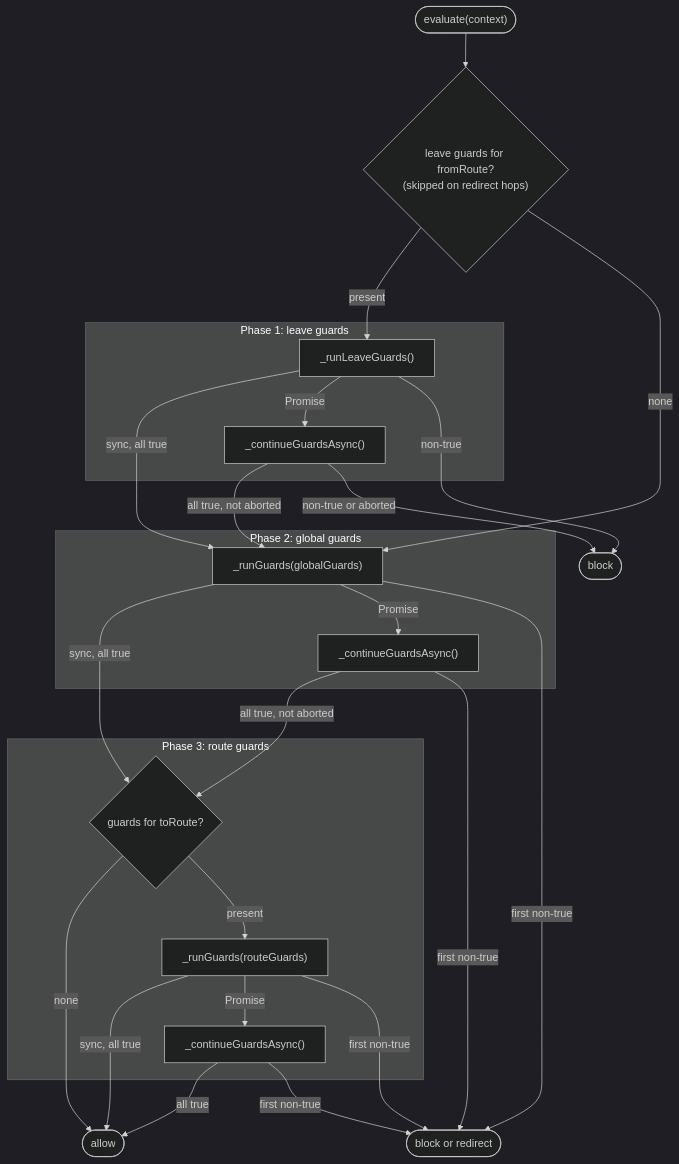
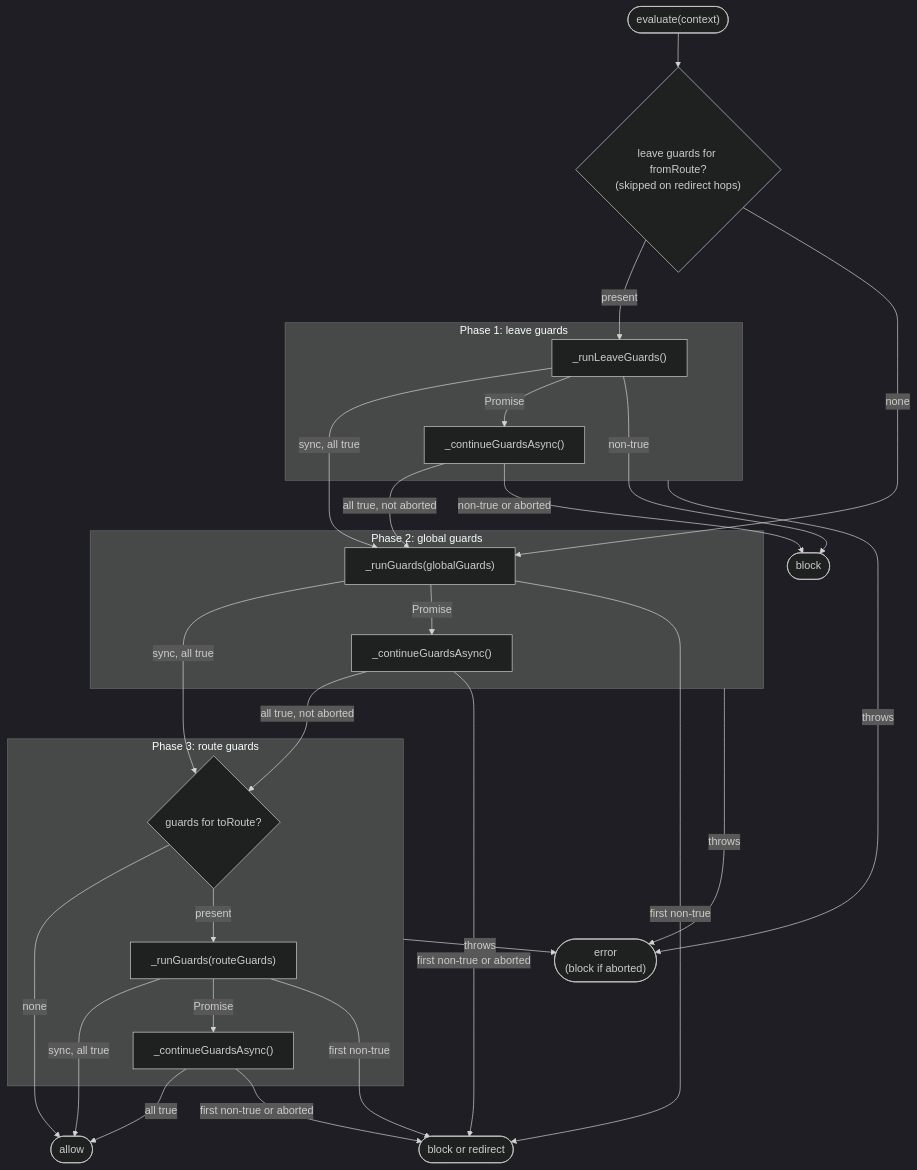
Before and after one commit to wridgeu/ui5-lib-guard-router: the second of 4 diagrams in docs/reference/architecture.md, drawn with Mermaid (dark theme). The commit also changed other lines of this file and 10 other files, not shown here.

````diff
--- a/docs/reference/architecture.md
+++ b/docs/reference/architecture.md
@@ -298,43 +298,47 @@
 ```mermaid
 flowchart TD
     start(["evaluate(context)"]) --> lcheck{"leave guards for fromRoute?<br/>(skipped on redirect hops)"}
 
     subgraph phase1 ["Phase 1: leave guards"]
         lrun["_runLeaveGuards()"]
         lfin["_continueGuardsAsync()"]
     end
 
     subgraph phase2 ["Phase 2: global guards"]
         gsync["_runGuards(globalGuards)"]
         gfin["_continueGuardsAsync()"]
     end
 
     subgraph phase3 ["Phase 3: route guards"]
         rcheck{"guards for toRoute?"}
         rsync["_runGuards(routeGuards)"]
         rfin["_continueGuardsAsync()"]
     end
 
     lcheck -- "present" --> lrun
     lcheck -- "none" --> gsync
     lrun -- "sync, all true" --> gsync
     lrun -- "Promise" --> lfin
     lfin -- "all true, not aborted" --> gsync
 
     gsync -- "sync, all true" --> rcheck
     gsync -- "Promise" --> gfin
     gfin -- "all true, not aborted" --> rcheck
 
     rcheck -- "none" --> allow(["allow"])
     rcheck -- "present" --> rsync
     rsync -- "sync, all true" --> allow
     rsync -- "Promise" --> rfin
     rfin -- "all true" --> allow
 
     lrun -- "non-true" --> block(["block"])
     lfin -- "non-true or aborted" --> block
     gsync -- "first non-true" --> result(["block or redirect"])
-    gfin -- "first non-true" --> result
+    gfin -- "first non-true or aborted" --> result
     rsync -- "first non-true" --> result
-    rfin -- "first non-true" --> result
+    rfin -- "first non-true or aborted" --> result
+
+    phase1 -- "throws" --> error(["error<br/>(block if aborted)"])
+    phase2 -- "throws" --> error
+    phase3 -- "throws" --> error
 ```
````
